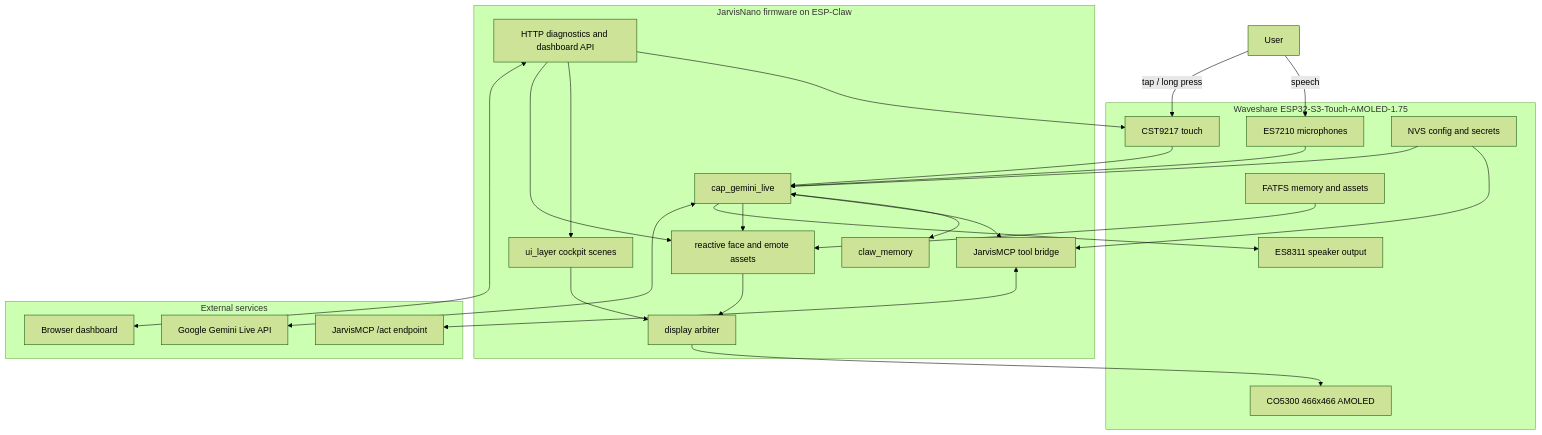
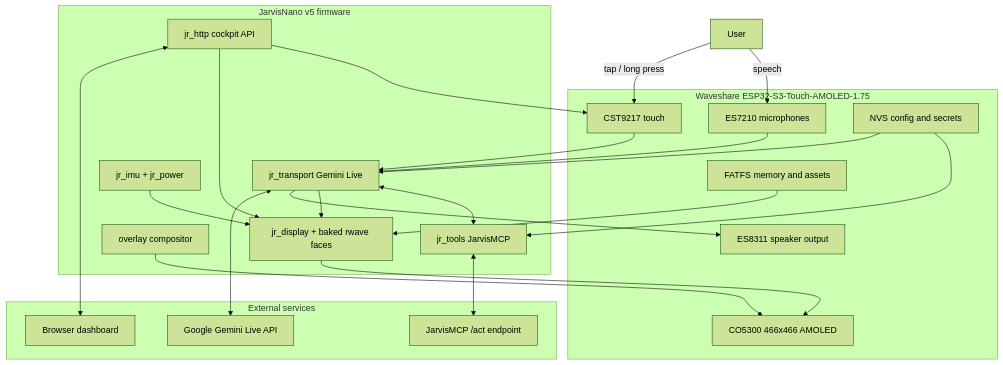
One commit to PascalAI2024/JarvisNano changed the diagram in README.md. Above: the diagram before and after it, drawn with Mermaid (forest theme). The commit also changed other lines of this file and 43 other files, not shown here.

````diff
--- a/README.md
+++ b/README.md
@@ -57,50 +57,47 @@
 ```mermaid
 flowchart TB
     User[User]
 
     subgraph Board[Waveshare ESP32-S3-Touch-AMOLED-1.75]
         Touch[CST9217 touch]
         Mic[ES7210 microphones]
         Speaker[ES8311 speaker output]
         Display[CO5300 466x466 AMOLED]
         NVS[NVS config and secrets]
         FATFS[FATFS memory and assets]
     end
 
-    subgraph Firmware[JarvisNano firmware on ESP-Claw]
-        Gemini[cap_gemini_live]
-        Face[reactive face and emote assets]
-        UI[ui_layer cockpit scenes]
-        Arbiter[display arbiter]
-        HTTP[HTTP diagnostics and dashboard API]
-        MCP[JarvisMCP tool bridge]
-        Memory[claw_memory]
+    subgraph Firmware[JarvisNano v5 firmware]
+        Gemini[jr_transport Gemini Live]
+        Face[jr_display + baked rwave faces]
+        HUD[overlay compositor]
+        HTTP[jr_http cockpit API]
+        MCP[jr_tools JarvisMCP]
+        IMU[jr_imu + jr_power]
     end
 
     subgraph External[External services]
         GeminiAPI[Google Gemini Live API]
         JarvisMCP[JarvisMCP /act endpoint]
         Browser[Browser dashboard]
     end
 
     User -->|tap / long press| Touch
     User -->|speech| Mic
     Touch --> Gemini
     Mic --> Gemini
     Gemini <--> GeminiAPI
     Gemini --> Speaker
     Gemini --> Face
     Gemini <--> MCP
     MCP <--> JarvisMCP
-    Gemini <--> Memory
-    Face --> Arbiter
-    UI --> Arbiter
-    Arbiter --> Display
+    Face --> Display
+    HUD --> Display
+    IMU --> Face
     NVS --> Gemini
     NVS --> MCP
     FATFS --> Face
     HTTP <--> Browser
     HTTP --> Face
-    HTTP --> UI
     HTTP --> Touch
 ```
````
